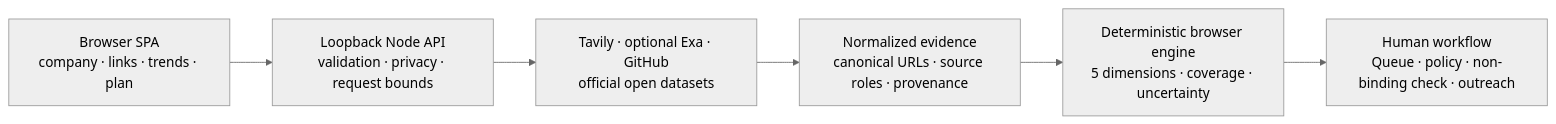
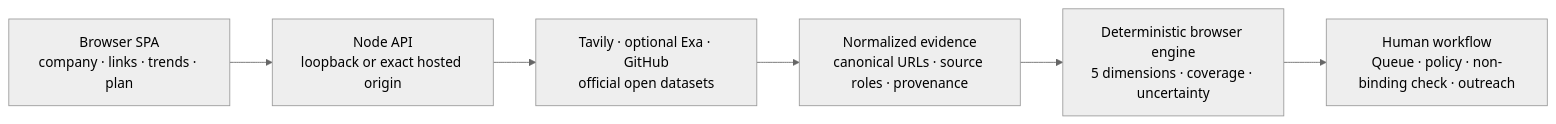
The fourth of 4 diagrams in README.md (mattin89/Proofline), drawn with Mermaid (neutral theme) before and after one commit. The commit also changed other lines of this file and 7 other files, not shown here.

````diff
--- a/README.md
+++ b/README.md
@@ -174,8 +174,8 @@
 ```mermaid
 flowchart LR
-  A["Browser SPA<br/>company · links · trends · plan"] --> B["Loopback Node API<br/>validation · privacy · request bounds"]
+  A["Browser SPA<br/>company · links · trends · plan"] --> B["Node API<br/>loopback or exact hosted origin"]
   B --> C["Tavily · optional Exa · GitHub<br/>official open datasets"]
   C --> D["Normalized evidence<br/>canonical URLs · source roles · provenance"]
   D --> E["Deterministic browser engine<br/>5 dimensions · coverage · uncertainty"]
   E --> F["Human workflow<br/>Queue · policy · non-binding check · outreach"]
 ```
````
